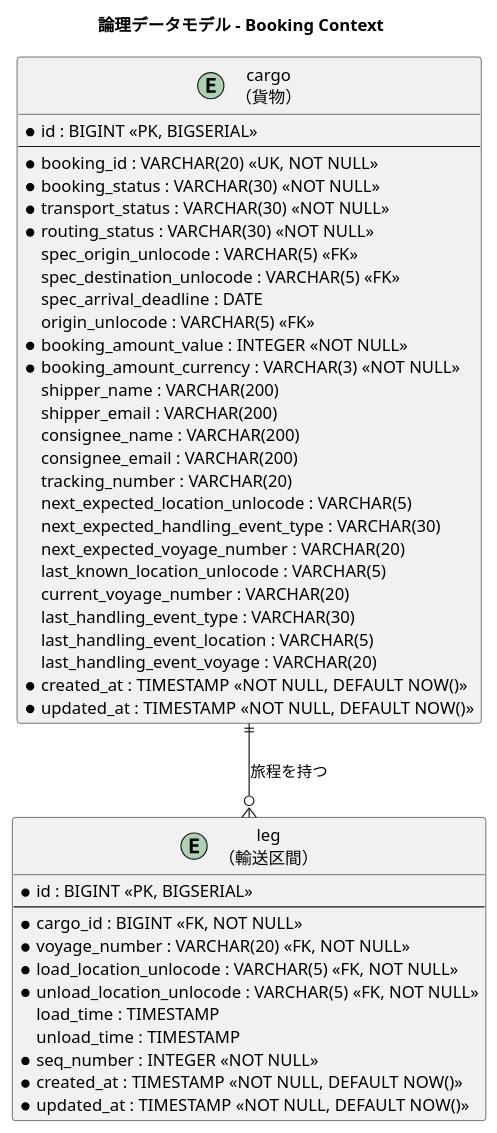
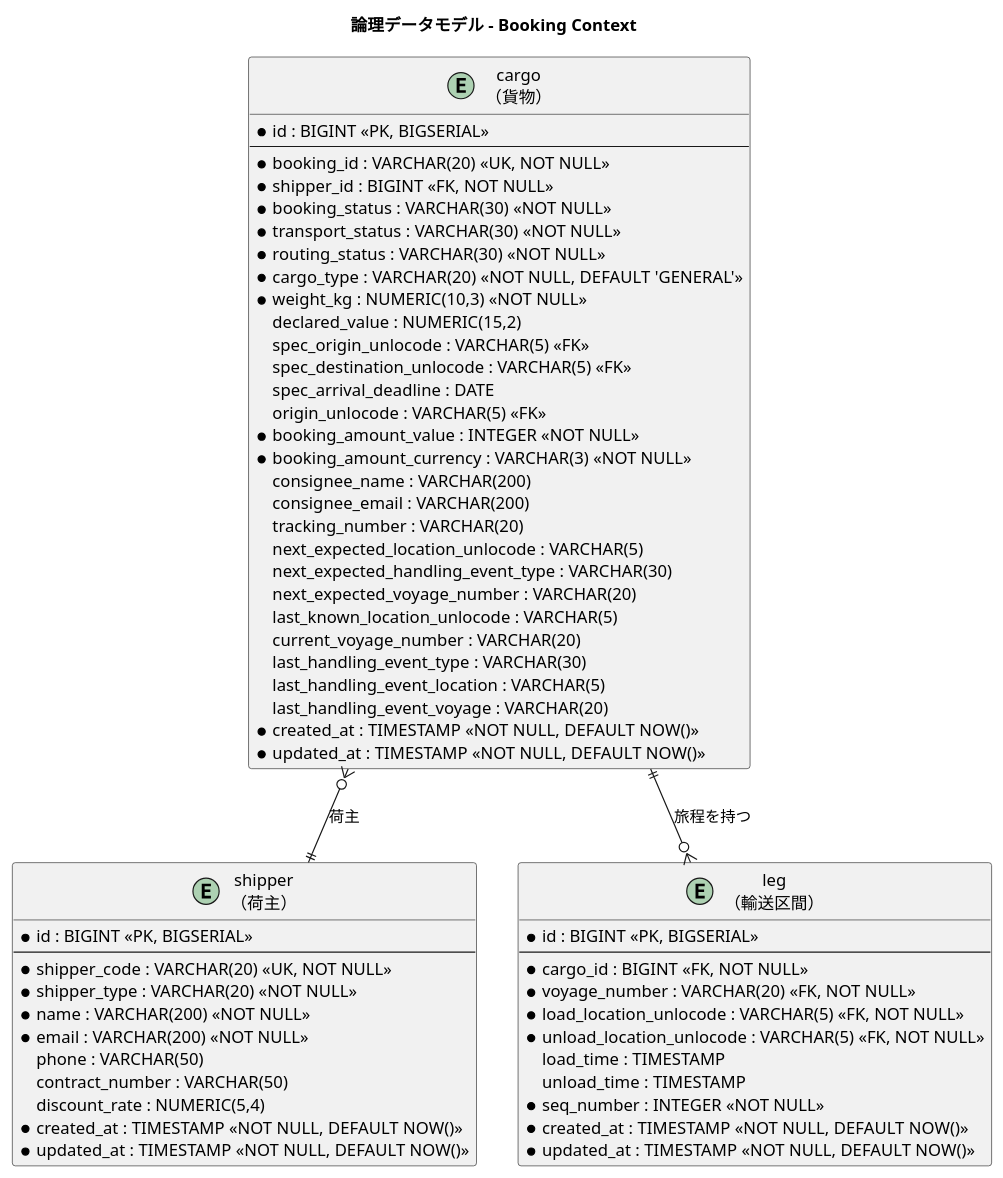
The third of 8 diagrams in docs/design/data-model.md (k2works/case-study-cargo-tracker), drawn with PlantUML before and after one commit. The commit also changed other lines of this file, not shown here.

````diff
--- a/docs/design/data-model.md
+++ b/docs/design/data-model.md
@@ -233,52 +270,69 @@
 ```plantuml
 @startuml
 title 論理データモデル - Booking Context
+
+entity "shipper\n（荷主）" as shipper {
+  * id : BIGINT <<PK, BIGSERIAL>>
+  --
+  * shipper_code : VARCHAR(20) <<UK, NOT NULL>>
+  * shipper_type : VARCHAR(20) <<NOT NULL>>
+  * name : VARCHAR(200) <<NOT NULL>>
+  * email : VARCHAR(200) <<NOT NULL>>
+  phone : VARCHAR(50)
+  contract_number : VARCHAR(50)
+  discount_rate : NUMERIC(5,4)
+  * created_at : TIMESTAMP <<NOT NULL, DEFAULT NOW()>>
+  * updated_at : TIMESTAMP <<NOT NULL, DEFAULT NOW()>>
+}
 
 entity "cargo\n（貨物）" as cargo {
   * id : BIGINT <<PK, BIGSERIAL>>
   --
   * booking_id : VARCHAR(20) <<UK, NOT NULL>>
+  * shipper_id : BIGINT <<FK, NOT NULL>>
   * booking_status : VARCHAR(30) <<NOT NULL>>
   * transport_status : VARCHAR(30) <<NOT NULL>>
   * routing_status : VARCHAR(30) <<NOT NULL>>
+  * cargo_type : VARCHAR(20) <<NOT NULL, DEFAULT 'GENERAL'>>
+  * weight_kg : NUMERIC(10,3) <<NOT NULL>>
+  declared_value : NUMERIC(15,2)
   spec_origin_unlocode : VARCHAR(5) <<FK>>
   spec_destination_unlocode : VARCHAR(5) <<FK>>
   spec_arrival_deadline : DATE
   origin_unlocode : VARCHAR(5) <<FK>>
   * booking_amount_value : INTEGER <<NOT NULL>>
   * booking_amount_currency : VARCHAR(3) <<NOT NULL>>
-  shipper_name : VARCHAR(200)
-  shipper_email : VARCHAR(200)
   consignee_name : VARCHAR(200)
   consignee_email : VARCHAR(200)
   tracking_number : VARCHAR(20)
   next_expected_location_unlocode : VARCHAR(5)
   next_expected_handling_event_type : VARCHAR(30)
   next_expected_voyage_number : VARCHAR(20)
   last_known_location_unlocode : VARCHAR(5)
   current_voyage_number : VARCHAR(20)
   last_handling_event_type : VARCHAR(30)
   last_handling_event_location : VARCHAR(5)
   last_handling_event_voyage : VARCHAR(20)
   * created_at : TIMESTAMP <<NOT NULL, DEFAULT NOW()>>
   * updated_at : TIMESTAMP <<NOT NULL, DEFAULT NOW()>>
 }
 
 entity "leg\n（輸送区間）" as leg {
   * id : BIGINT <<PK, BIGSERIAL>>
   --
   * cargo_id : BIGINT <<FK, NOT NULL>>
   * voyage_number : VARCHAR(20) <<FK, NOT NULL>>
   * load_location_unlocode : VARCHAR(5) <<FK, NOT NULL>>
   * unload_location_unlocode : VARCHAR(5) <<FK, NOT NULL>>
   load_time : TIMESTAMP
   unload_time : TIMESTAMP
   * seq_number : INTEGER <<NOT NULL>>
   * created_at : TIMESTAMP <<NOT NULL, DEFAULT NOW()>>
   * updated_at : TIMESTAMP <<NOT NULL, DEFAULT NOW()>>
 }
 
+cargo }o--|| shipper : "荷主"
 cargo ||--o{ leg : "旅程を持つ"
 
 @enduml
 ```
````
